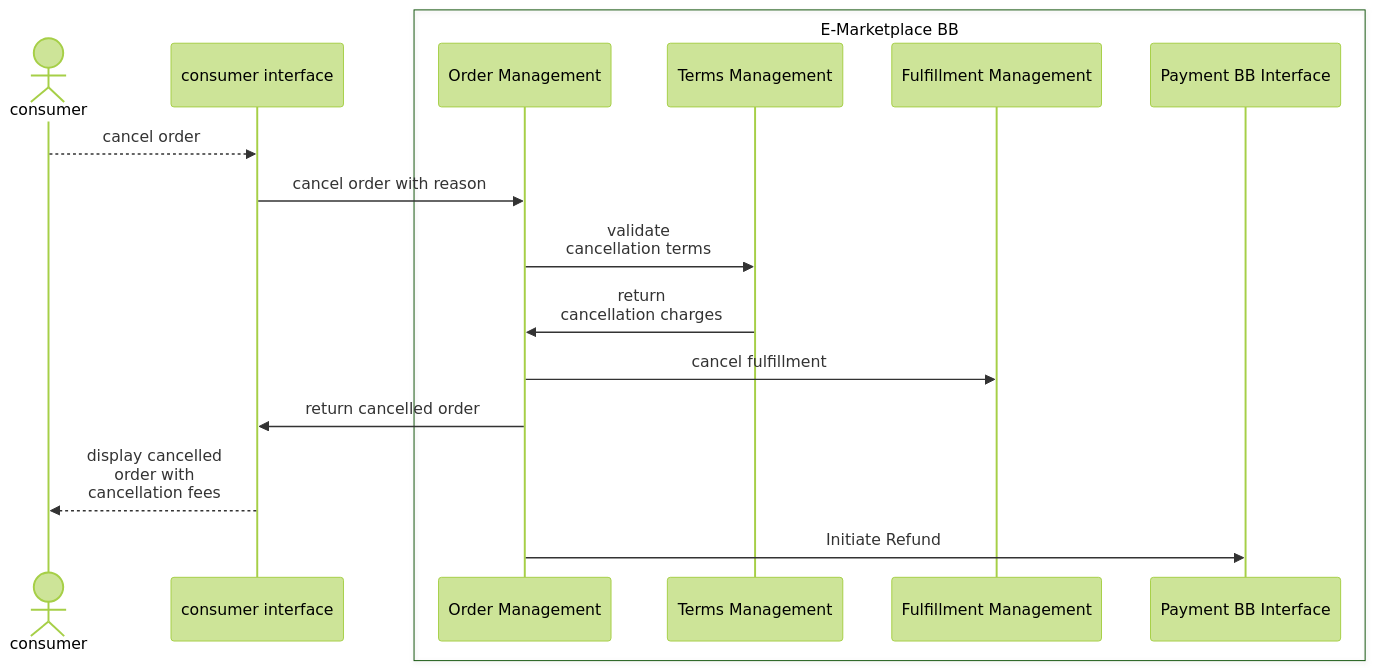
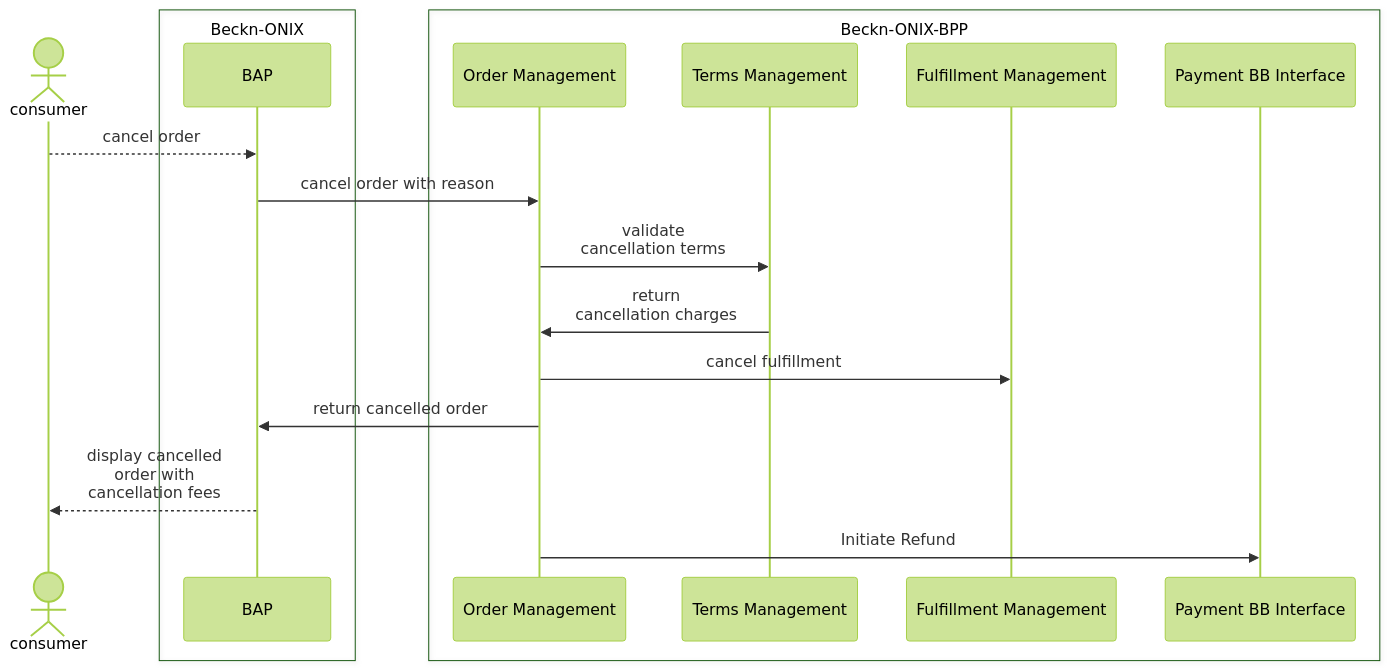
One commit to rajaneeshk90/gitbook-exp changed diagram 13 of 17 in README.md. Above: the diagram before and after it, drawn with Mermaid (forest theme). The commit also changed other lines of this file, not shown here.

Commit message:
GITBOOK-7: Updated sequence diagram for all APIs

````diff
--- a/README.md
+++ b/README.md
@@ -335,19 +364,21 @@
 ```mermaid
 sequenceDiagram
     Actor consumer
-    participant consumer interface
-    box E-Marketplace BB
+    box Beckn-ONIX
+    participant BAP
+    end
+    box Beckn-ONIX-BPP
     participant Order Management
     participant Terms Management
     participant Fulfillment Management
     participant Payment BB Interface
     end
-    consumer-->>consumer interface: cancel order
-    consumer interface->>Order Management:cancel order with reason
+    consumer-->>BAP: cancel order
+    BAP->>Order Management:cancel order with reason
     Order Management->>Terms Management:validate <br/> cancellation terms
     Terms Management->>Order Management: return <br/> cancellation charges
     Order Management->>Fulfillment Management:cancel fulfillment
-    Order Management->>consumer interface: return cancelled order
-    consumer interface-->>consumer: display cancelled <br/> order with <br/> cancellation fees
+    Order Management->>BAP: return cancelled order
+    BAP-->>consumer: display cancelled <br/> order with <br/> cancellation fees
     Order Management->>Payment BB Interface: Initiate Refund
 ```
````
